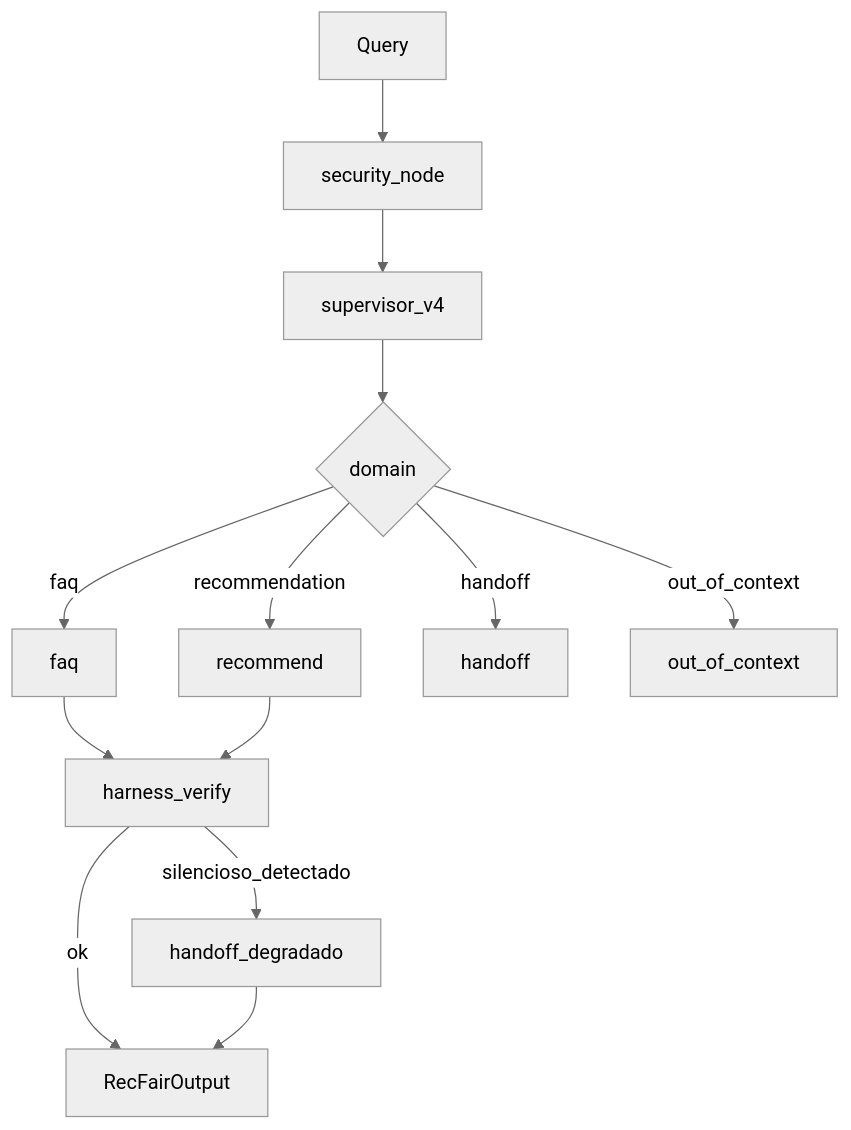
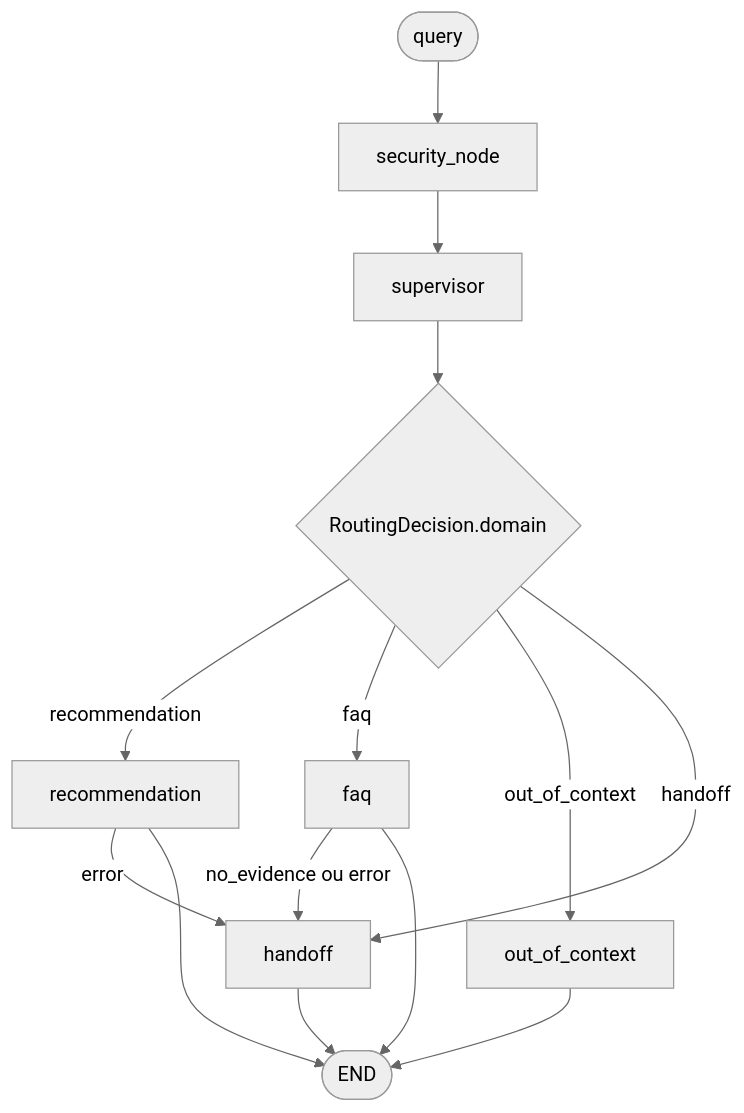
One commit to andluizsouza/unicamp-llm-agents changed the third of 3 diagrams in recfair/docs/adr/0004-resilient-harness.md. Above: the diagram before and after it, drawn with Mermaid (neutral theme). The commit also changed other lines of this file and 13 other files, not shown here.

Commit message:
docs: updates for resilient architecture (E4)

````diff
--- a/recfair/docs/adr/0004-resilient-harness.md
+++ b/recfair/docs/adr/0004-resilient-harness.md
@@ -45,15 +143,16 @@
 ```mermaid
 flowchart TD
-    query[Query] --> sec[security_node]
-    sec --> sup[supervisor_v4]
-    sup --> route{domain}
-    route -->|recommendation| rec[recommend]
-    route -->|faq| faq[faq]
-    route -->|handoff| ho[handoff]
-    route -->|out_of_context| ooc[out_of_context]
-    faq --> verify[harness_verify]
-    rec --> verify
-    verify -->|ok| out[RecFairOutput]
-    verify -->|silencioso_detectado| degrade[handoff_degradado]
-    degrade --> out
+    START([query]) --> SEC[security_node]
+    SEC --> SUP[supervisor]
+    SUP --> ROUTE{RoutingDecision.domain}
+    ROUTE -->|recommendation| REC[recommendation]
+    ROUTE -->|faq| FAQ[faq]
+    ROUTE -->|out_of_context| OOC[out_of_context]
+    ROUTE -->|handoff| HO[handoff]
+    FAQ -->|no_evidence ou error| HO
+    REC -->|error| HO
+    REC --> ENDN([END])
+    FAQ --> ENDN
+    OOC --> ENDN
+    HO --> ENDN
 ```
````
